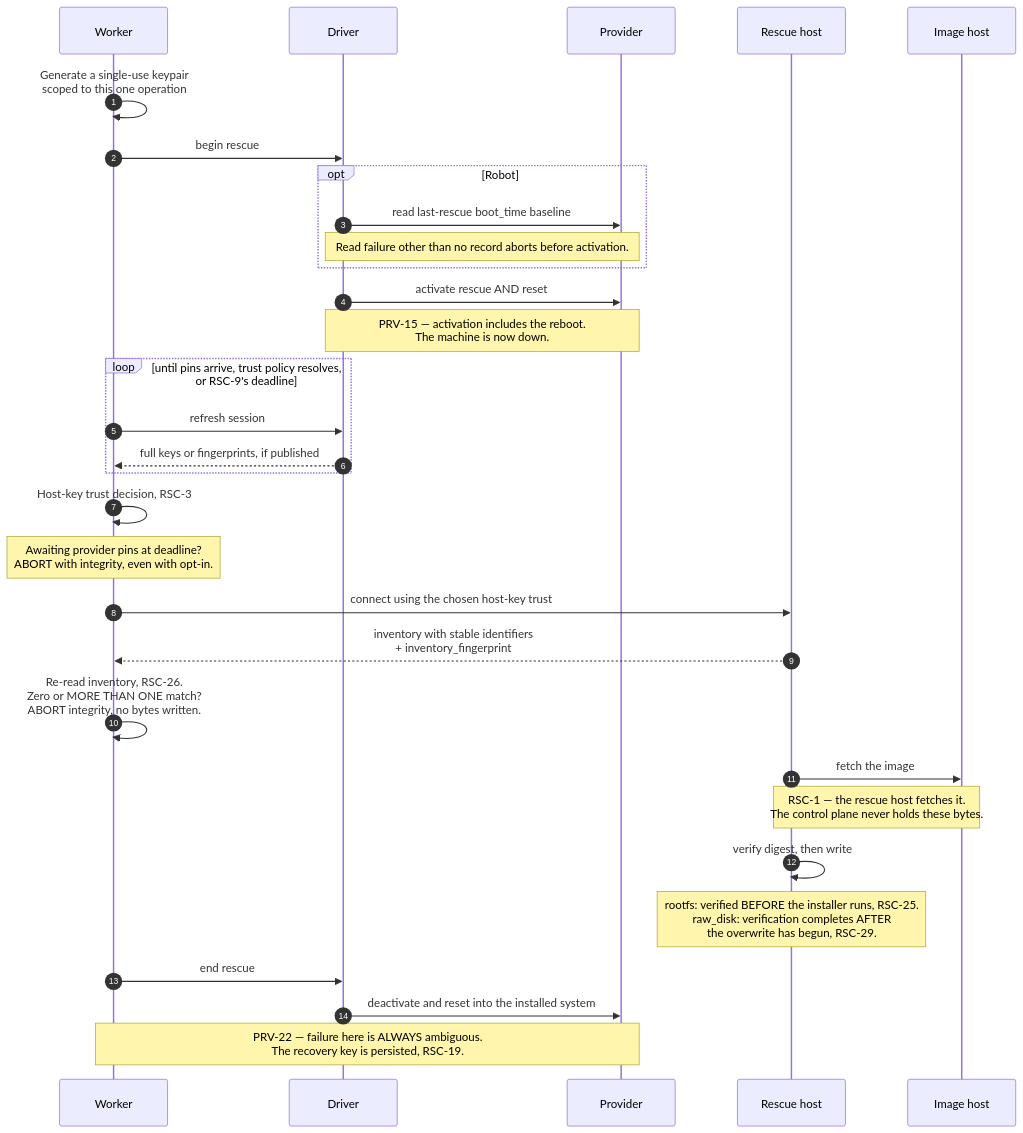
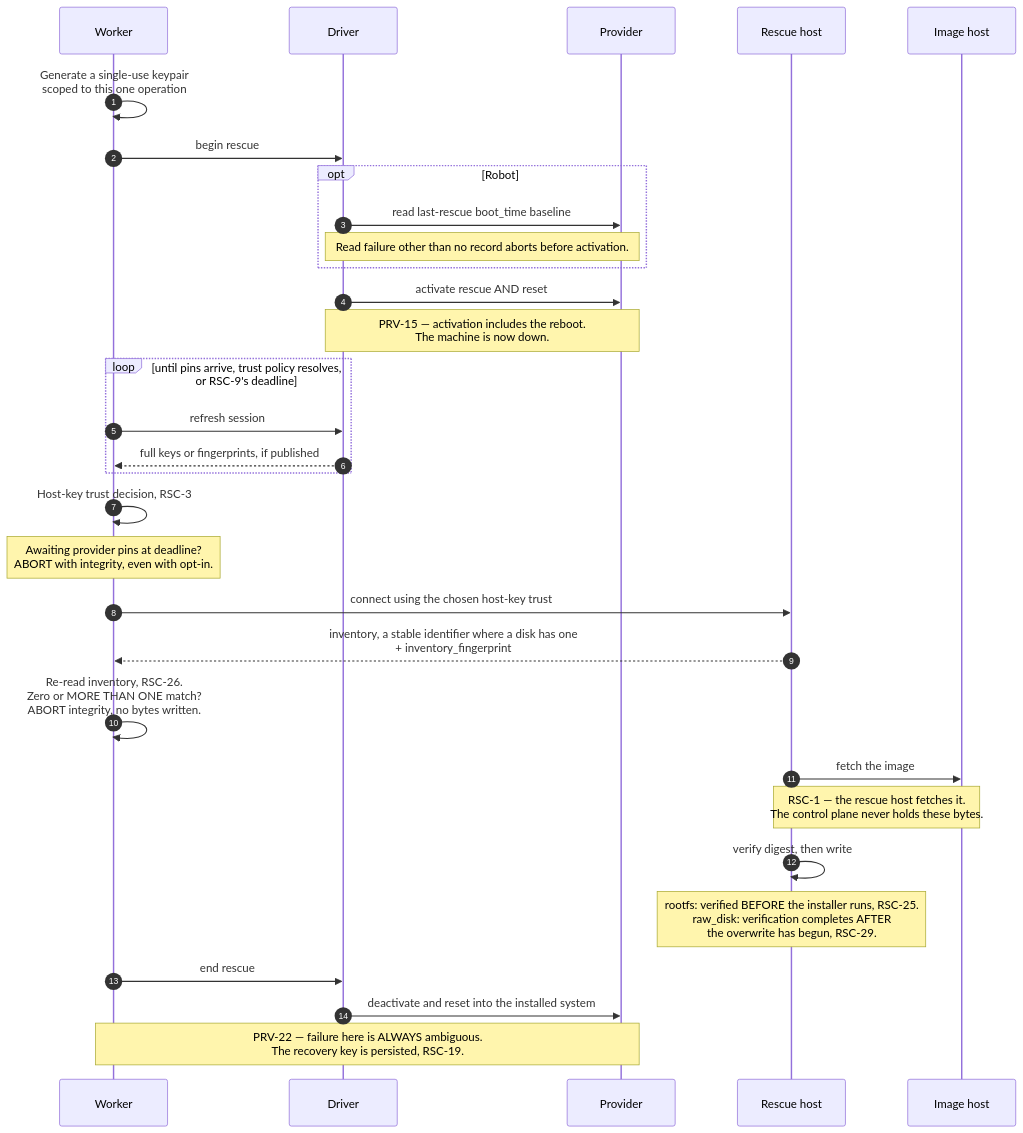
One commit to douglaz/provisiond changed the diagram in 06-rescue-install.md. Above: the diagram before and after it, drawn with Mermaid. The commit also changed other lines of this file and 41 other files, not shown here.

First line of the commit message:
Rescue inventory keeps disks with no identifier: wwn/serial on the wire, RSC-46 normalization, CNF-363 (pv-6p8) (#21)

````diff
--- a/06-rescue-install.md
+++ b/06-rescue-install.md
@@ -25,34 +25,34 @@
 ```mermaid
 sequenceDiagram
     autonumber
     participant W as Worker
     participant D as Driver
     participant P as Provider
     participant R as Rescue host
     participant I as Image host
 
     W->>W: Generate a single-use keypair<br/>scoped to this one operation
     W->>D: begin rescue
     opt Robot
         D->>P: read last-rescue boot_time baseline
         Note over D,P: Read failure other than no record aborts before activation.
     end
     D->>P: activate rescue AND reset
     Note over D,P: PRV-15 — activation includes the reboot.<br/>The machine is now down.
     loop until pins arrive, trust policy resolves, or RSC-9's deadline
         W->>D: refresh session
         D-->>W: full keys or fingerprints, if published
     end
     W->>W: Host-key trust decision, RSC-3
     Note over W: Awaiting provider pins at deadline?<br/>ABORT with integrity, even with opt-in.
     W->>R: connect using the chosen host-key trust
-    R-->>W: inventory with stable identifiers<br/>+ inventory_fingerprint
+    R-->>W: inventory, a stable identifier where a disk has one<br/>+ inventory_fingerprint
     W->>W: Re-read inventory, RSC-26.<br/>Zero or MORE THAN ONE match?<br/>ABORT integrity, no bytes written.
     R->>I: fetch the image
     Note over R,I: RSC-1 — the rescue host fetches it.<br/>The control plane never holds these bytes.
     R->>R: verify digest, then write
     Note over R: rootfs: verified BEFORE the installer runs, RSC-25.<br/>raw_disk: verification completes AFTER<br/>the overwrite has begun, RSC-29.
     W->>D: end rescue
     D->>P: deactivate and reset into the installed system
     Note over W,P: PRV-22 — failure here is ALWAYS ambiguous.<br/>The recovery key is persisted, RSC-19.
 ```
````
